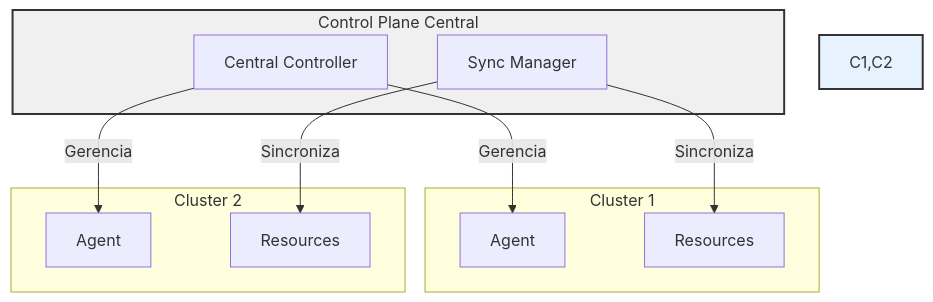
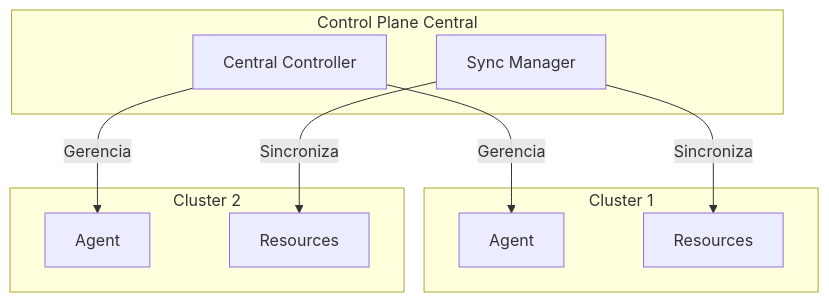
The ninth of 9 diagrams in docs/extras/advanced-operator-patterns.md (cloud104/tcloud-devops-k8s-operators-training), drawn with Mermaid before and after one commit. The commit also changed other lines of this file and 6 other files, not shown here.

First line of the commit message:
docs: revisa material teorico, corrige APIs e melhora diagramas

````diff
--- a/docs/extras/advanced-operator-patterns.md
+++ b/docs/extras/advanced-operator-patterns.md
@@ -275,23 +247,20 @@
 ```mermaid
 flowchart TD
     subgraph CENTRAL ["Control Plane Central"]
         CTRL["Central Controller"]
         SYNC["Sync Manager"]
     end
     
     subgraph C1 ["Cluster 1"]
         A1["Agent"]
         R1["Resources"]
     end
     
     subgraph C2 ["Cluster 2"]
         A2["Agent"]
         R2["Resources"]
     end
     
     CTRL -->|"Gerencia"| A1 & A2
     SYNC -->|"Sincroniza"| R1 & R2
-    
-    style CENTRAL fill:#f0f0f0,stroke:#333,stroke-width:2px
-    style C1,C2 fill:#e6f3ff,stroke:#333,stroke-width:2px
 ```
````
